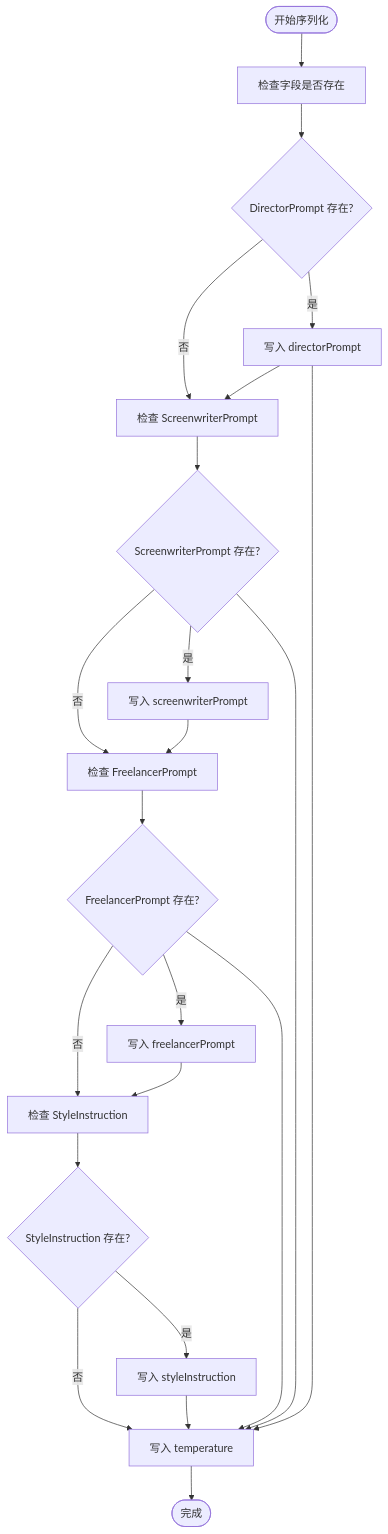
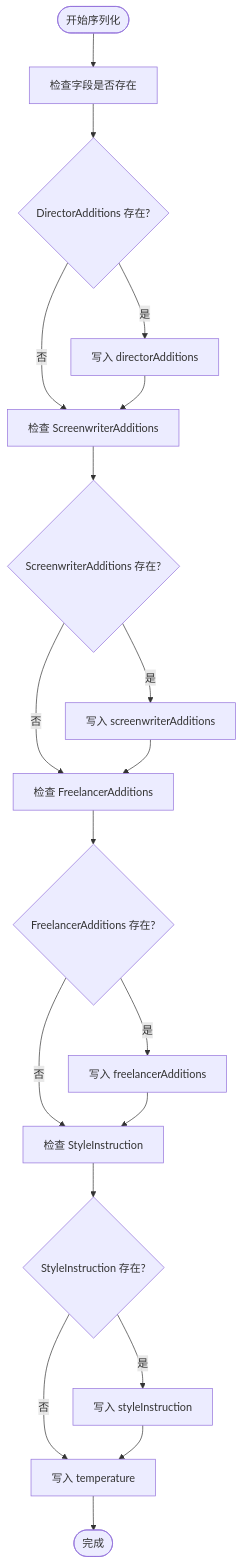
The fourth of 10 diagrams in .qoder/repowiki/zh/content/LLM 集成系统/提示词管理系统.md (suzvka/RimLife), drawn with Mermaid before and after one commit. The commit also changed other lines of this file and 32 other files, not shown here.

````diff
--- a/.qoder/repowiki/zh/content/LLM 集成系统/提示词管理系统.md
+++ b/.qoder/repowiki/zh/content/LLM 集成系统/提示词管理系统.md
@@ -201,24 +199,21 @@
 ```mermaid
 flowchart TD
 Start([开始序列化]) --> CheckFields["检查字段是否存在"]
-CheckFields --> WriteDirector{"DirectorPrompt 存在?"}
-WriteDirector --> |是| WriteD["写入 directorPrompt"]
+CheckFields --> WriteDirector{"DirectorAdditions 存在?"}
+WriteDirector --> |是| WriteD["写入 directorAdditions"]
 WriteDirector --> |否| CheckScreenwriter
-WriteD --> CheckScreenwriter["检查 ScreenwriterPrompt"]
-CheckScreenwriter --> WriteScreenwriter{"ScreenwriterPrompt 存在?"}
-WriteScreenwriter --> |是| WriteS["写入 screenwriterPrompt"]
+WriteD --> CheckScreenwriter["检查 ScreenwriterAdditions"]
+CheckScreenwriter --> WriteScreenwriter{"ScreenwriterAdditions 存在?"}
+WriteScreenwriter --> |是| WriteS["写入 screenwriterAdditions"]
 WriteScreenwriter --> |否| CheckFreelancer
-WriteS --> CheckFreelancer["检查 FreelancerPrompt"]
-CheckFreelancer --> WriteFreelancer{"FreelancerPrompt 存在?"}
-WriteFreelancer --> |是| WriteF["写入 freelancerPrompt"]
+WriteS --> CheckFreelancer["检查 FreelancerAdditions"]
+CheckFreelancer --> WriteFreelancer{"FreelancerAdditions 存在?"}
+WriteFreelancer --> |是| WriteF["写入 freelancerAdditions"]
 WriteFreelancer --> |否| CheckStyle
 WriteF --> CheckStyle["检查 StyleInstruction"]
 CheckStyle --> WriteStyle{"StyleInstruction 存在?"}
 WriteStyle --> |是| WriteSI["写入 styleInstruction"]
 WriteStyle --> |否| WriteTemp
 WriteSI --> WriteTemp["写入 temperature"]
-WriteFreelancer --> WriteTemp
-WriteScreenwriter --> WriteTemp
-WriteD --> WriteTemp
 WriteTemp --> End([完成])
 ```
````
